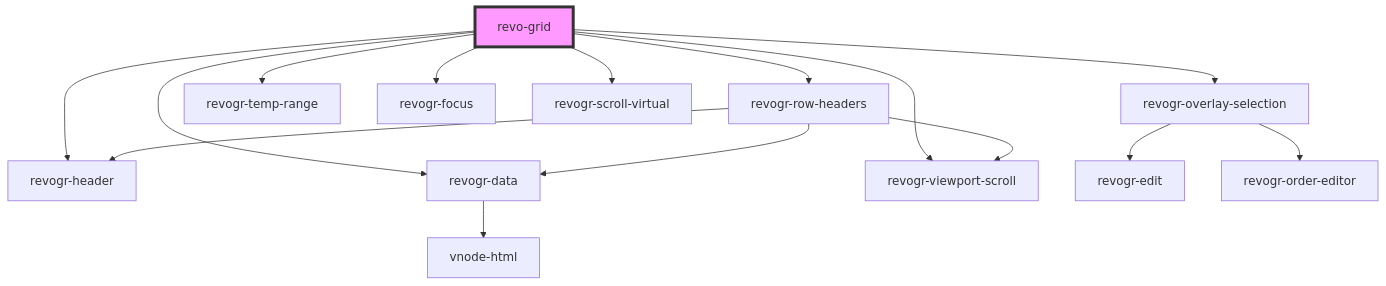
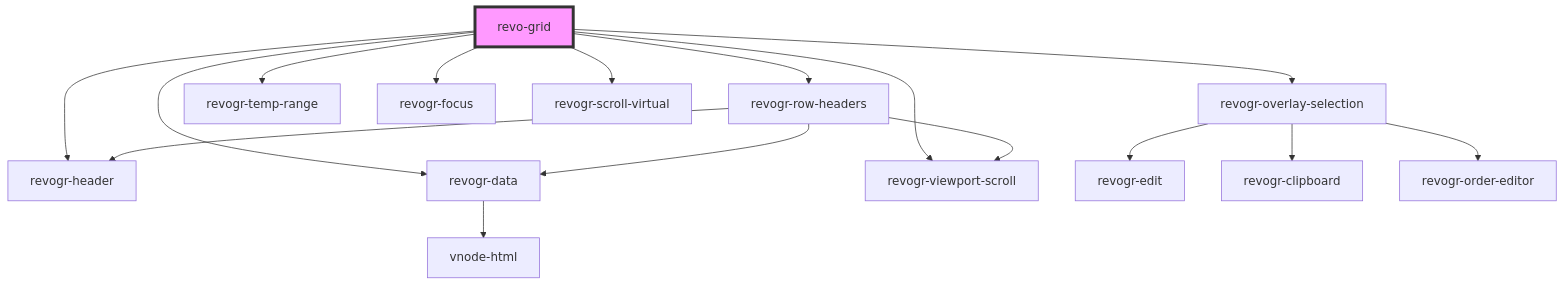
One commit to revolist/revogrid-docs changed the diagram in guide/api/revoGrid.md. Above: the diagram before and after it, drawn with Mermaid. The commit also changed other lines of this file and 34 other files, not shown here.

````diff
--- a/guide/api/revoGrid.md
+++ b/guide/api/revoGrid.md
@@ -467,18 +450,19 @@
 ```mermaid
 graph TD;
   revo-grid --> revogr-row-headers
   revo-grid --> revogr-header
   revo-grid --> revogr-overlay-selection
   revo-grid --> revogr-data
   revo-grid --> revogr-temp-range
   revo-grid --> revogr-focus
   revo-grid --> revogr-viewport-scroll
   revo-grid --> revogr-scroll-virtual
   revogr-row-headers --> revogr-data
   revogr-row-headers --> revogr-viewport-scroll
   revogr-row-headers --> revogr-header
   revogr-data --> vnode-html
   revogr-overlay-selection --> revogr-edit
+  revogr-overlay-selection --> revogr-clipboard
   revogr-overlay-selection --> revogr-order-editor
   style revo-grid fill:#f9f,stroke:#333,stroke-width:4px
 ```
````
